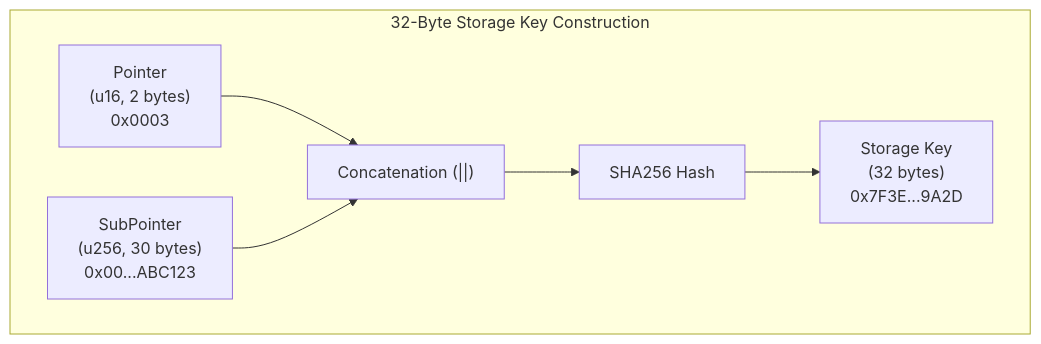
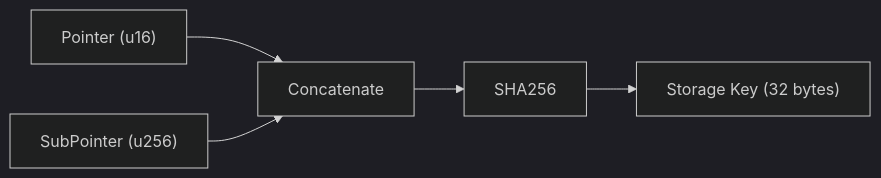
Before and after one commit to btc-vision/btc-runtime: the first of 4 diagrams in docs/core-concepts/pointers.md, drawn with Mermaid. The commit also changed other lines of this file and 2 other files, not shown here.

First line of the commit message:
Simplify and update mermaid diagrams in docs

````diff
--- a/docs/core-concepts/pointers.md
+++ b/docs/core-concepts/pointers.md
@@ -15,15 +15,11 @@
 ```mermaid
-flowchart TD
-    subgraph Construction["32-Byte Storage Key Construction"]
-        A["Pointer<br/>(u16, 2 bytes)<br/>0x0003"]
-        B["SubPointer<br/>(u256, 30 bytes)<br/>0x00...ABC123"]
-        Concat["Concatenation (||)"]
-        Hash["SHA256 Hash"]
-        Key["Storage Key<br/>(32 bytes)<br/>0x7F3E...9A2D"]
-
-        A --> Concat
-        B --> Concat
-        Concat --> Hash
-        Hash --> Key
-    end
+---
+config:
+  theme: dark
+---
+flowchart LR
+    A["Pointer (u16)"] --> Concat["Concatenate"]
+    B["SubPointer (u256)"] --> Concat
+    Concat --> Hash["SHA256"]
+    Hash --> Key["Storage Key (32 bytes)"]
 ```
````
